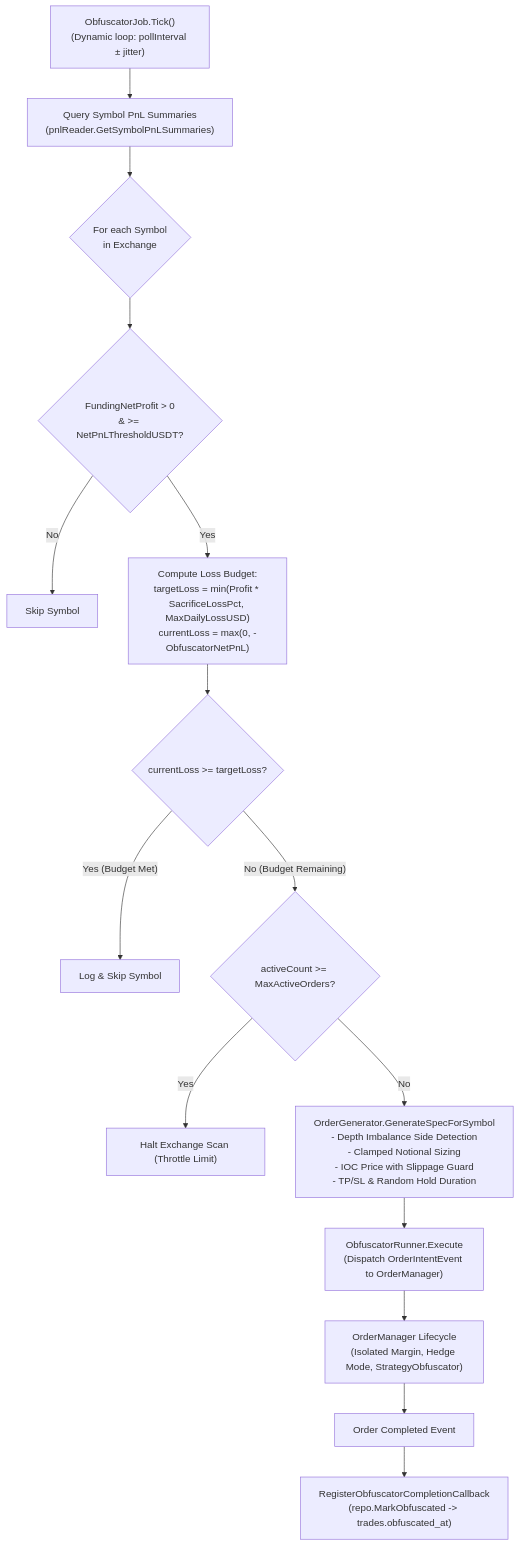
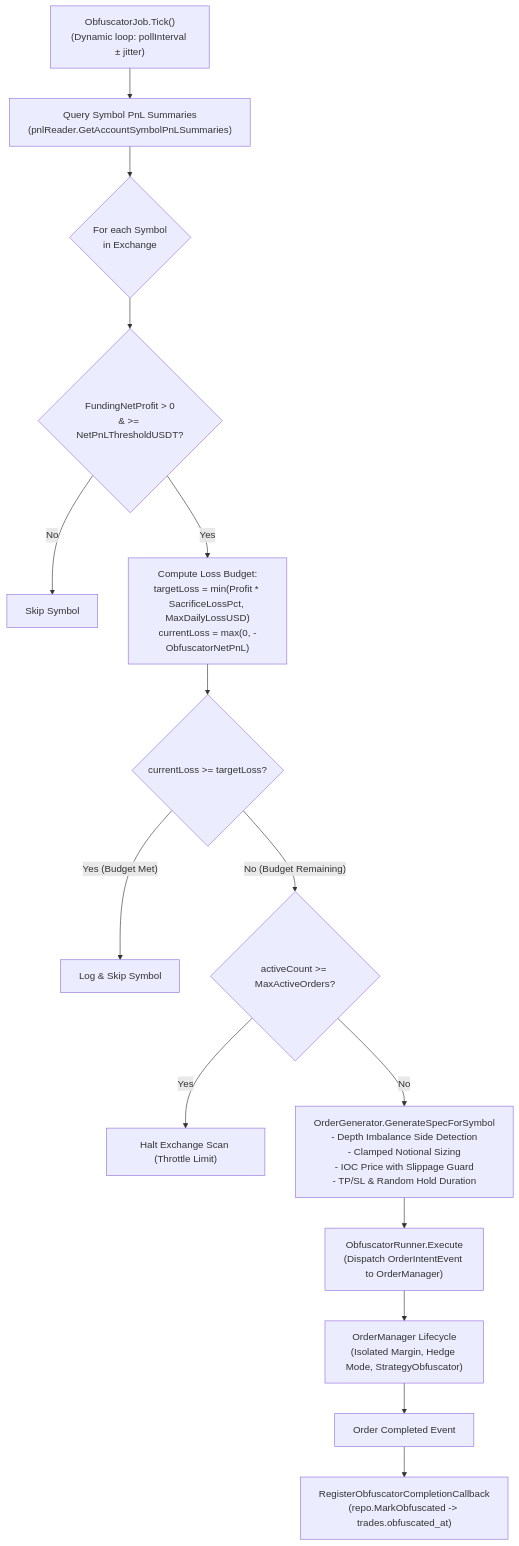
The diagram in docs/business/funding/obfuscator_flow.md (dangnmh/crypto-bot), drawn with Mermaid before and after one commit. The commit also changed other lines of this file and 132 other files, not shown here.

````diff
--- a/docs/business/funding/obfuscator_flow.md
+++ b/docs/business/funding/obfuscator_flow.md
@@ -33,23 +33,23 @@
 ```mermaid
 flowchart TD
-    TICK["ObfuscatorJob.Tick()<br/>(Dynamic loop: pollInterval ± jitter)"] --> SCAN["Query Symbol PnL Summaries<br/>(pnlReader.GetSymbolPnLSummaries)"]
+    TICK["ObfuscatorJob.Tick()<br/>(Dynamic loop: pollInterval ± jitter)"] --> SCAN["Query Symbol PnL Summaries<br/>(pnlReader.GetAccountSymbolPnLSummaries)"]
     
     SCAN --> LOOP{"For each Symbol<br/>in Exchange"}
     
     LOOP --> PROFIT_CHECK{"FundingNetProfit > 0<br/>& >= NetPnLThresholdUSDT?"}
     PROFIT_CHECK -- "No" --> SKIP_SYM["Skip Symbol"]
     PROFIT_CHECK -- "Yes" --> BUDGET_CALC["Compute Loss Budget:<br/>targetLoss = min(Profit * SacrificeLossPct, MaxDailyLossUSD)<br/>currentLoss = max(0, -ObfuscatorNetPnL)"]
     
     BUDGET_CALC --> SATISFIED{"currentLoss >= targetLoss?"}
     SATISFIED -- "Yes (Budget Met)" --> LOG_MET["Log & Skip Symbol"]
     SATISFIED -- "No (Budget Remaining)" --> ACT_CHECK{"activeCount >= MaxActiveOrders?"}
     
     ACT_CHECK -- "Yes" --> BREAK_EXCH["Halt Exchange Scan (Throttle Limit)"]
     ACT_CHECK -- "No" --> GEN["OrderGenerator.GenerateSpecForSymbol<br/>- Depth Imbalance Side Detection<br/>- Clamped Notional Sizing<br/>- IOC Price with Slippage Guard<br/>- TP/SL & Random Hold Duration"]
     
     GEN --> RUN["ObfuscatorRunner.Execute<br/>(Dispatch OrderIntentEvent to OrderManager)"]
     RUN --> OM["OrderManager Lifecycle<br/>(Isolated Margin, Hedge Mode, StrategyObfuscator)"]
     
     OM --> COMPLETED["Order Completed Event"]
     COMPLETED --> CALLBACK["RegisterObfuscatorCompletionCallback<br/>(repo.MarkObfuscated -> trades.obfuscated_at)"]
 ```
````
